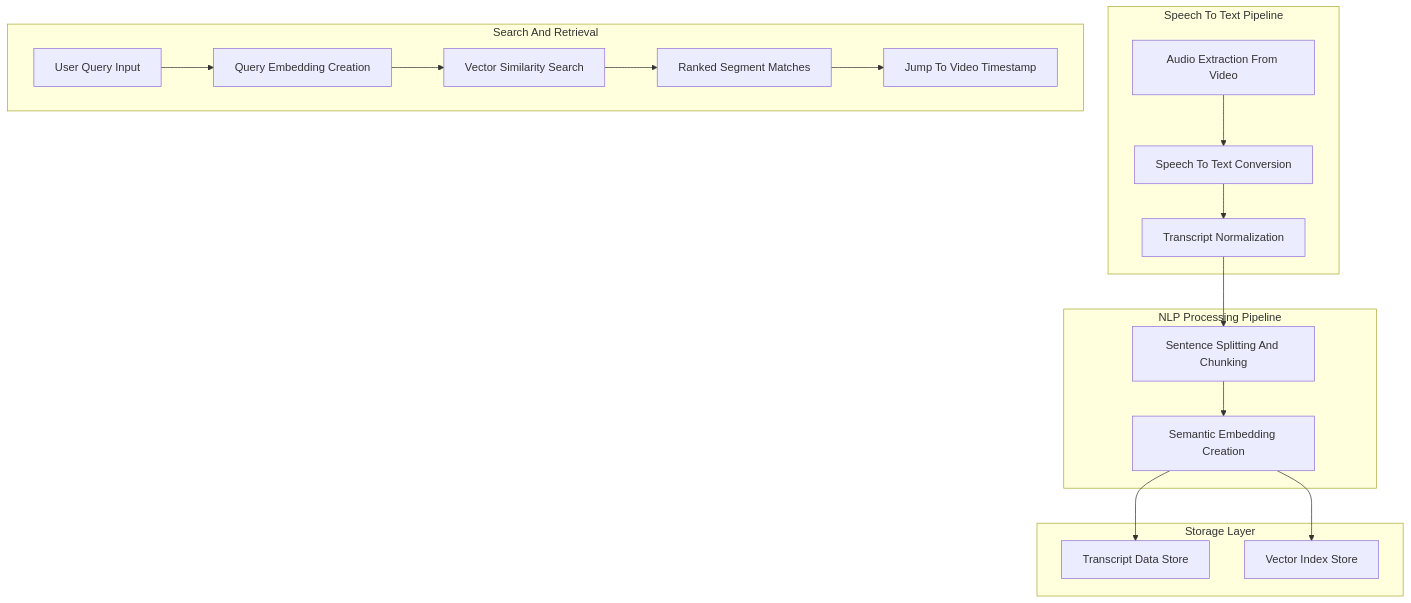
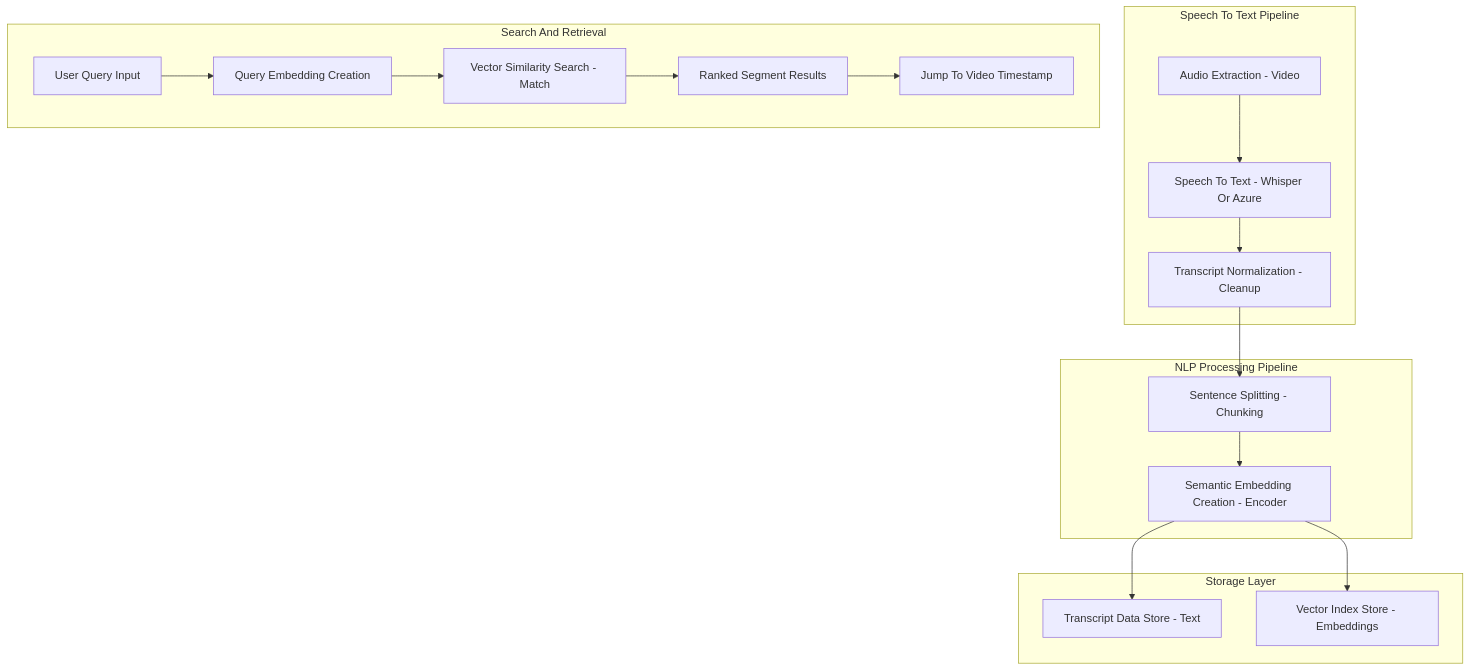
One commit to kishoredb/kishoredb-research changed the diagram in diagrams/aegis-architecture.md. Above: the diagram before and after it, drawn with Mermaid.

````diff
--- a/diagrams/aegis-architecture.md
+++ b/diagrams/aegis-architecture.md
@@ -1,37 +1,37 @@
 ```mermaid
 flowchart TD
 
     %% AEGIS Speech to Text
     subgraph STT [Speech To Text Pipeline]
-        A1[Audio Extraction From Video]
-        A2[Speech To Text Conversion]
-        A3[Transcript Normalization]
+        A1[Audio Extraction - Video]
+        A2[Speech To Text - Whisper Or Azure]
+        A3[Transcript Normalization - Cleanup]
     end
 
-    %% AEGIS NLP Processing
+    %% AEGIS NLP
     subgraph NLP [NLP Processing Pipeline]
-        A4[Sentence Splitting And Chunking]
-        A5[Semantic Embedding Creation]
+        A4[Sentence Splitting - Chunking]
+        A5[Semantic Embedding Creation - Encoder]
     end
 
     %% AEGIS Storage
     subgraph STORAGE [Storage Layer]
-        A6[Transcript Data Store]
-        A7[Vector Index Store]
+        A6[Transcript Data Store - Text]
+        A7[Vector Index Store - Embeddings]
     end
 
     %% AEGIS Search
     subgraph SEARCH [Search And Retrieval]
         Q1[User Query Input]
         Q2[Query Embedding Creation]
-        Q3[Vector Similarity Search]
-        Q4[Ranked Segment Matches]
+        Q3[Vector Similarity Search - Match]
+        Q4[Ranked Segment Results]
         Q5[Jump To Video Timestamp]
     end
 
     A1 --> A2 --> A3 --> A4 --> A5
     A5 --> A6
     A5 --> A7
 
     Q1 --> Q2 --> Q3 --> Q4 --> Q5
 ```
````
